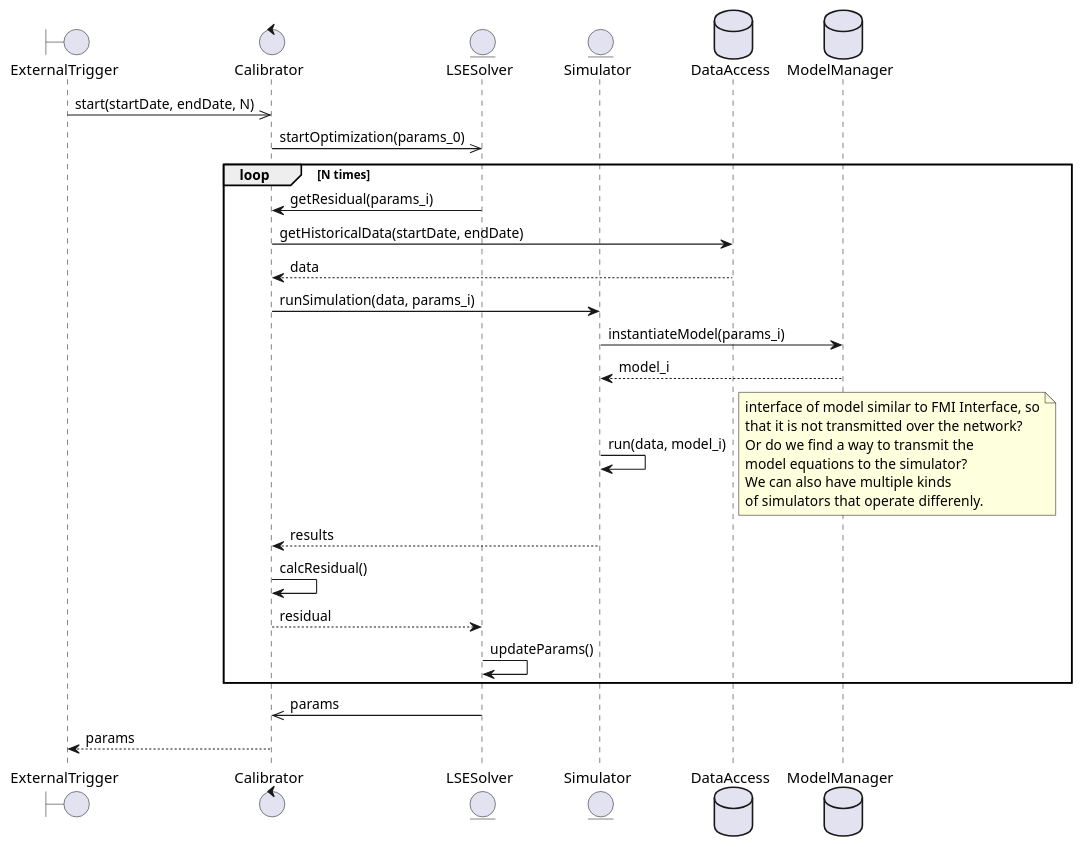
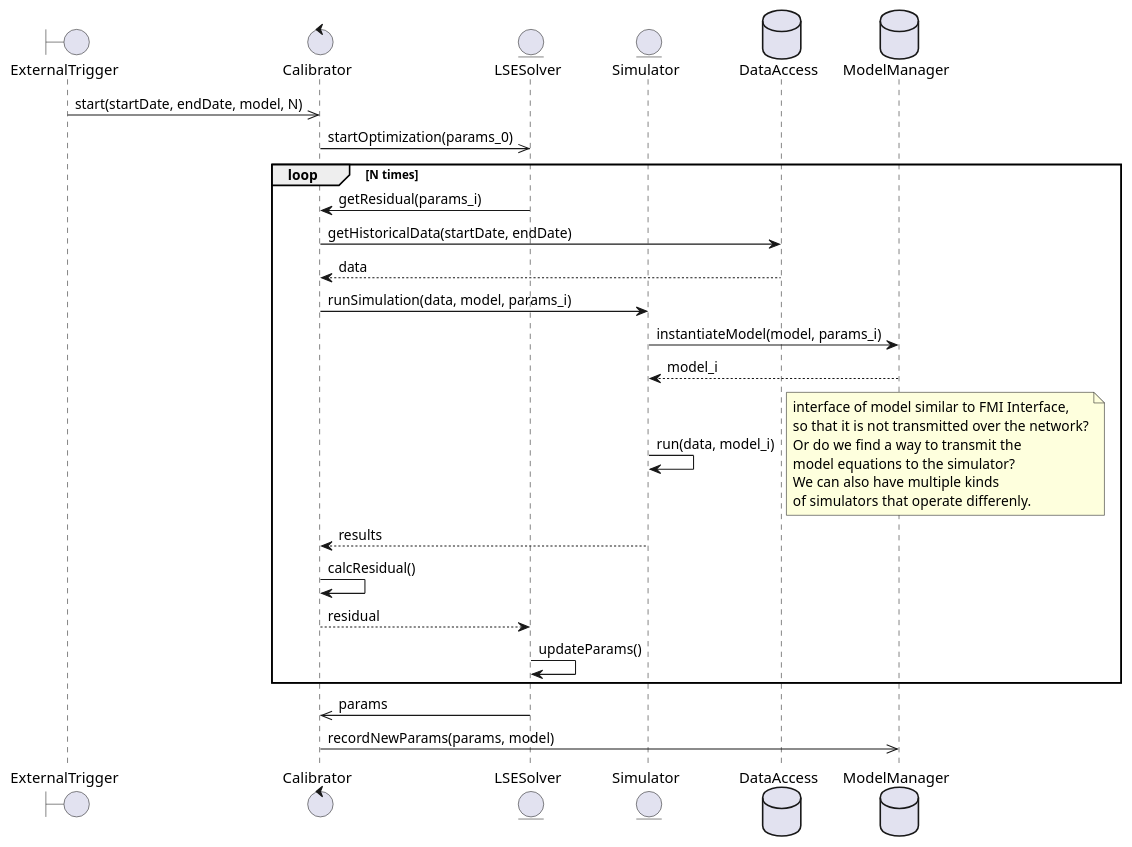
The diagram in notes/claudio/calibration_sequence.puml (INTO-CPS-Association/example_digital-twin_incubator), drawn with PlantUML before and after one commit. The commit also changed 1 other file, not shown here.

Commit message:
kalman interface

```diff
--- a/notes/claudio/calibration_sequence.puml
+++ b/notes/claudio/calibration_sequence.puml
@@ -1,33 +1,33 @@
 @startuml
 boundary ExternalTrigger as trig
 control Calibrator as cal
 entity LSESolver as lse
 entity Simulator as sim
 database DataAccess as db
-database ModelManager as model
-trig ->> cal: start(startDate, endDate, N)
+database ModelManager as mod
+trig ->> cal: start(startDate, endDate, model, N)
 cal ->> lse: startOptimization(params_0)
 loop N times
   lse -> cal: getResidual(params_i)
   cal -> db: getHistoricalData(startDate, endDate)
-    db --> cal: data
-  cal -> sim: runSimulation(data, params_i)
-    sim -> model: instantiateModel(params_i)
-      model --> sim: model_i
+  return data
+  cal -> sim: runSimulation(data, model, params_i)
+    sim -> mod: instantiateModel(model, params_i)
+    return model_i
     sim -> sim: run(data, model_i)
     note right
-    interface of model similar to FMI Interface, so
-    that it is not transmitted over the network?
+    interface of model similar to FMI Interface, 
+    so that it is not transmitted over the network?
     Or do we find a way to transmit the 
     model equations to the simulator?
     We can also have multiple kinds 
     of simulators that operate differenly.
     end note
-    sim --> cal: results
+  sim --> cal: results
   cal -> cal: calcResidual()
-    cal --> lse: residual
+  cal --> lse: residual
   lse -> lse: updateParams()
 end
 lse ->> cal: params
-cal --> trig: params
+cal ->> mod: recordNewParams(params, model)
 @enduml
```
